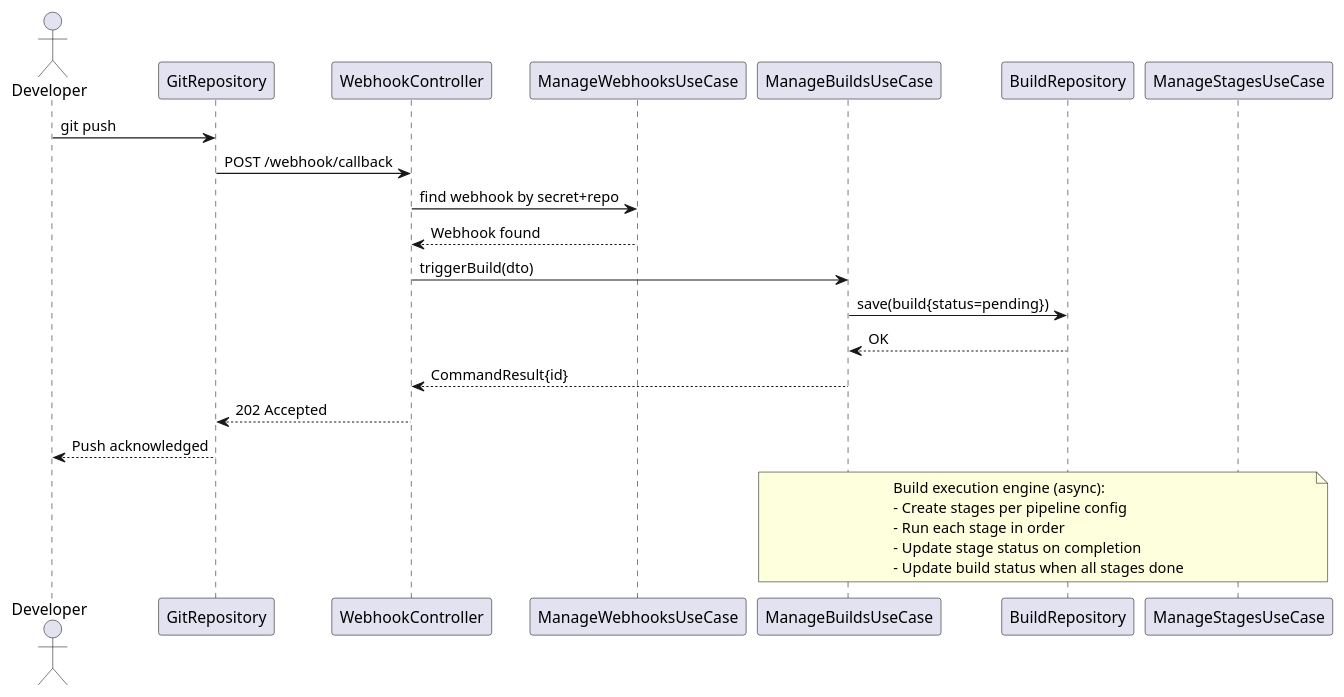
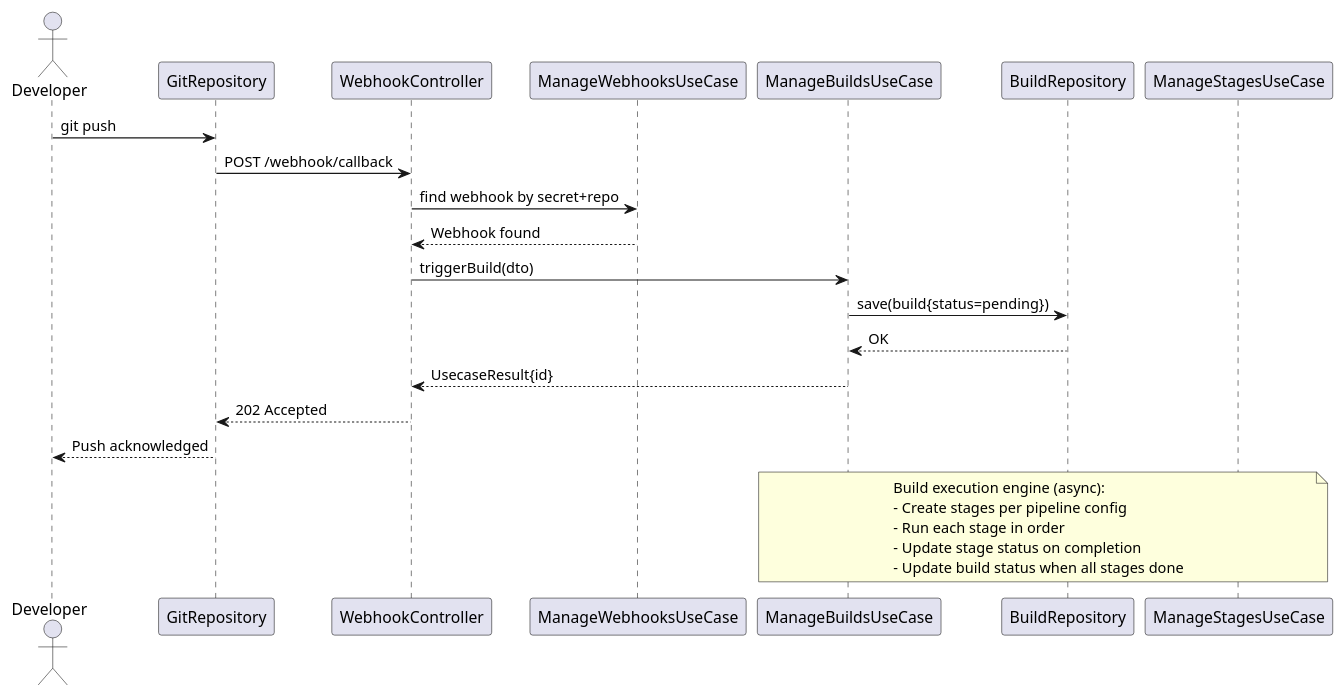
The second of 3 diagrams in integration-delivery/UML.md (UIMSolutions/uim-platform), drawn with PlantUML before and after one commit. The commit also changed 907 other files, not shown here.

Commit message:
Rename CommandResult

````diff
--- a/integration-delivery/UML.md
+++ b/integration-delivery/UML.md
@@ -129,35 +129,35 @@
 ```plantuml
 @startuml Build Trigger Flow
 
 actor Developer
 participant GitRepository
 participant WebhookController
 participant ManageWebhooksUseCase
 participant ManageBuildsUseCase
 participant BuildRepository
 participant ManageStagesUseCase
 
 Developer -> GitRepository: git push
 
 GitRepository -> WebhookController: POST /webhook/callback
 WebhookController -> ManageWebhooksUseCase: find webhook by secret+repo
 ManageWebhooksUseCase --> WebhookController: Webhook found
 
 WebhookController -> ManageBuildsUseCase: triggerBuild(dto)
 ManageBuildsUseCase -> BuildRepository: save(build{status=pending})
 BuildRepository --> ManageBuildsUseCase: OK
-ManageBuildsUseCase --> WebhookController: CommandResult{id}
+ManageBuildsUseCase --> WebhookController: UsecaseResult{id}
 
 WebhookController --> GitRepository: 202 Accepted
 GitRepository --> Developer: Push acknowledged
 
 note over ManageBuildsUseCase, ManageStagesUseCase
   Build execution engine (async):
   - Create stages per pipeline config
   - Run each stage in order
   - Update stage status on completion
   - Update build status when all stages done
 end note
 
 @enduml
 ```
````
